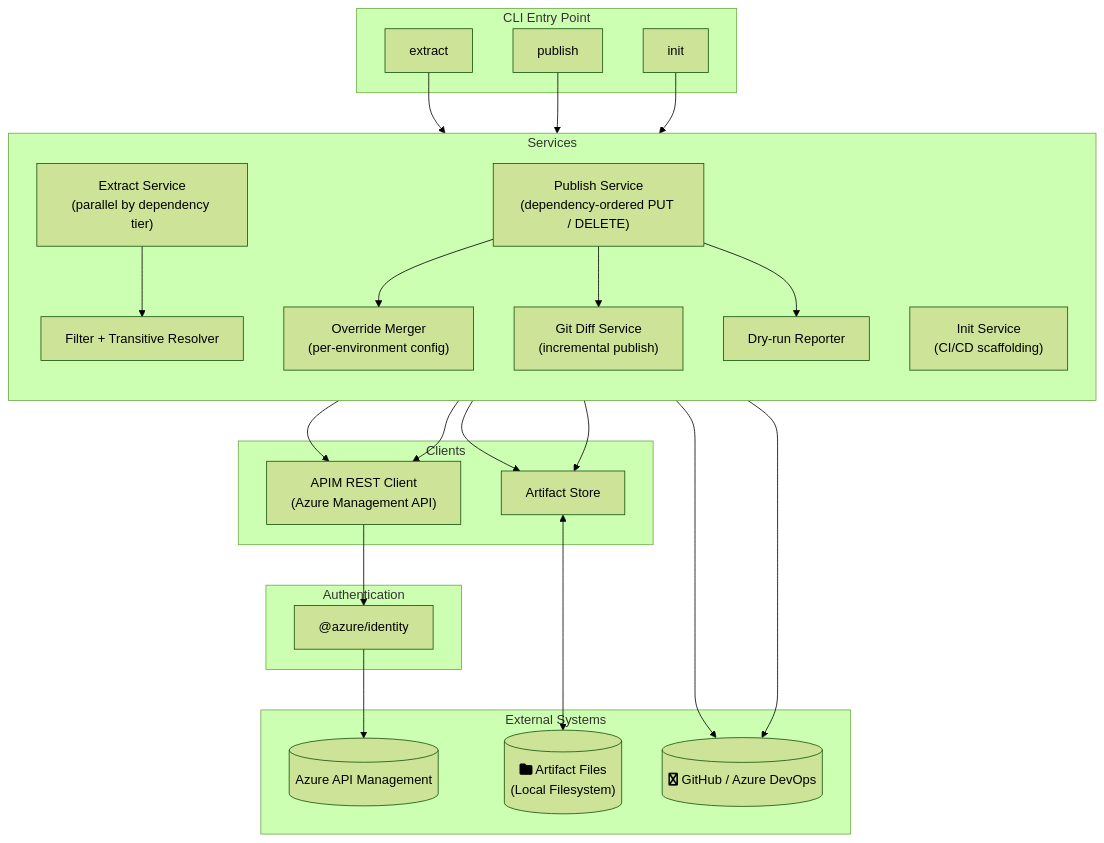
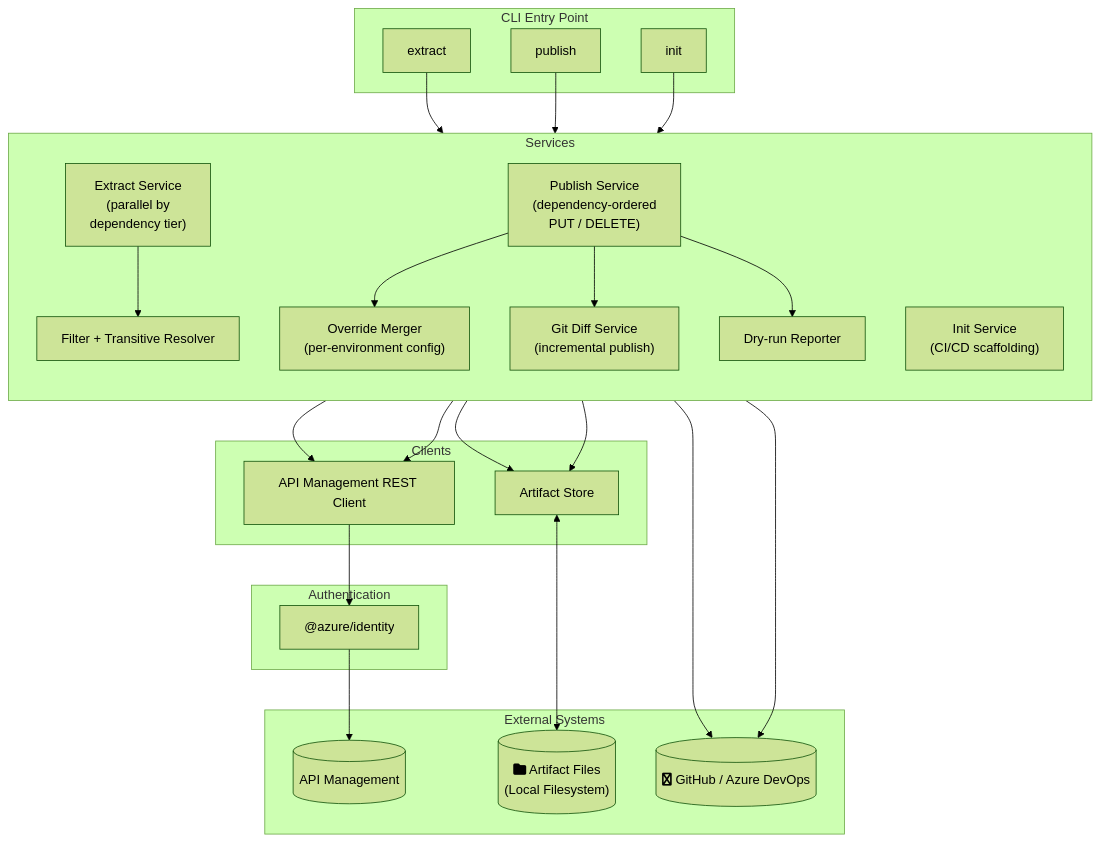
Before and after one commit to Azure/apiops-cli: the second of 2 diagrams in docs/architecture.md, drawn with Mermaid (forest theme). The commit also changed other lines of this file, not shown here.

Commit message:
Changing config-as-code to sequence diagram.

````diff
--- a/docs/architecture.md
+++ b/docs/architecture.md
@@ -66,56 +68,56 @@
 ```mermaid
 flowchart TB
     subgraph entrypoint["CLI Entry Point"]
         extract_cmd["extract"]
         publish_cmd["publish"]
         init_cmd["init"]
     end
 
     subgraph services["Services"]
         direction TB
-        extract_svc["Extract Service<br/>(parallel by dependency tier)"]
+        extract_svc["Extract Service<br/>(parallel by <br/>dependency tier)"]
         filter_svc["Filter + Transitive Resolver"]
 
-        publish_svc["Publish Service<br/>(dependency-ordered PUT / DELETE)"]
+        publish_svc["Publish Service<br/>(dependency-ordered <br/>PUT / DELETE)"]
         override_svc["Override Merger<br/>(per-environment config)"]
         git_svc["Git Diff Service<br/>(incremental publish)"]
         dry_svc["Dry-run Reporter"]
 
         init_svc["Init Service<br/>(CI/CD scaffolding)"]
     end
 
     subgraph clients["Clients"]
-        apim_client["APIM REST Client<br/>(Azure Management API)"]
+        apim_client["API Management REST Client"]
         store["Artifact Store"]
     end
 
     subgraph auth["Authentication"]
         auth_pkg["@azure/identity"]
     end
 
     subgraph external["External Systems"]
-        azure_apim[("Azure API Management")]
-        local_files[("fa:fa-folder Artifact Files\n(Local Filesystem)")]
+        azure_apim[("API Management")]
+        local_files[("fa:fa-folder Artifact Files<br/>(Local Filesystem)")]
         git_repo[("fa:fa-github GitHub / Azure DevOps")]
     end
 
     extract_cmd --> extract_svc
     publish_cmd --> publish_svc
     init_cmd --> init_svc
 
     extract_svc --> filter_svc
     extract_svc --> apim_client
     extract_svc --> store
 
     publish_svc --> override_svc
     publish_svc --> git_svc
     publish_svc --> dry_svc
     publish_svc --> apim_client
     publish_svc --> store
 
     apim_client --> auth_pkg
     auth_pkg --> azure_apim
     store <--> local_files
     git_svc --> git_repo
     init_svc --> git_repo
 ```
````
